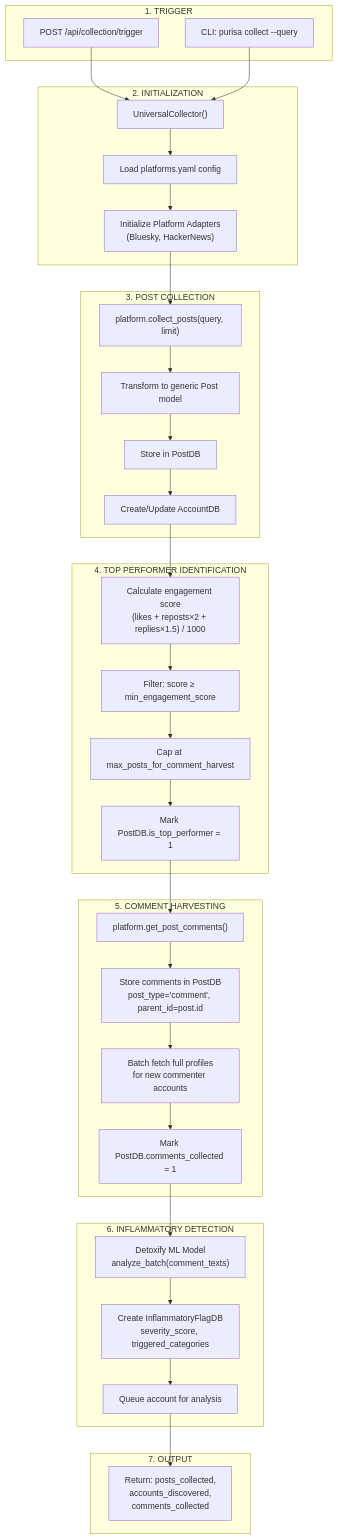
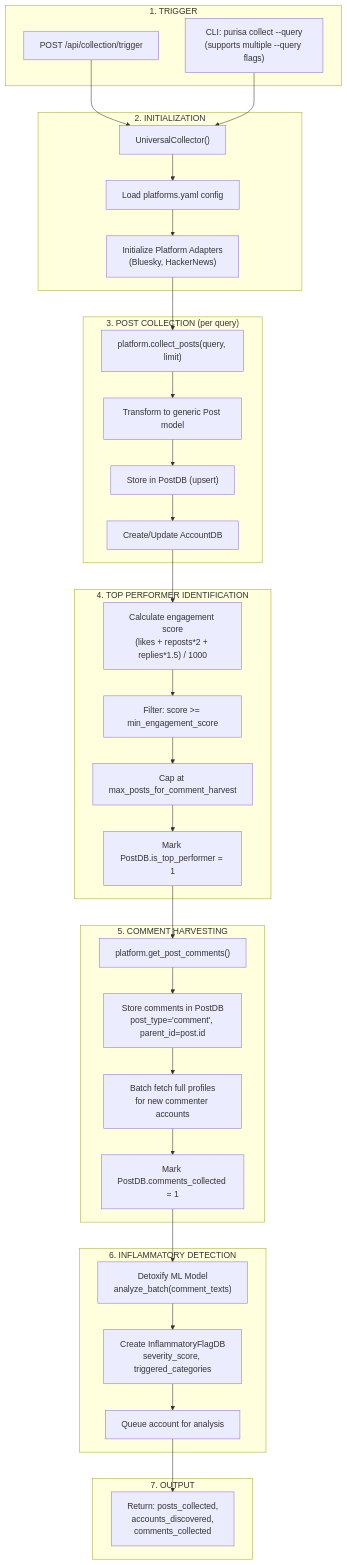
One commit to Max-R/purisa changed the first of 3 diagrams in FLOW_DIAGRAMS.md. Above: the diagram before and after it, drawn with Mermaid. The commit also changed other lines of this file, not shown here.

First line of the commit message:
Rewrite FLOW_DIAGRAMS.md for Purisa 2.0 coordination detection

````diff
--- a/FLOW_DIAGRAMS.md
+++ b/FLOW_DIAGRAMS.md
@@ -11,54 +11,54 @@
 ```mermaid
 flowchart TD
     subgraph Trigger["1. TRIGGER"]
         API["POST /api/collection/trigger"]
-        CLI["CLI: purisa collect --query"]
+        CLI["CLI: purisa collect --query<br/>(supports multiple --query flags)"]
     end
 
     subgraph Init["2. INITIALIZATION"]
         UC["UniversalCollector()"]
         CFG["Load platforms.yaml config"]
         PLAT["Initialize Platform Adapters<br/>(Bluesky, HackerNews)"]
     end
 
-    subgraph Collect["3. POST COLLECTION"]
+    subgraph Collect["3. POST COLLECTION (per query)"]
         FETCH["platform.collect_posts(query, limit)"]
         TRANSFORM["Transform to generic Post model"]
-        STORE_POST["Store in PostDB"]
+        STORE_POST["Store in PostDB (upsert)"]
         STORE_ACCT["Create/Update AccountDB"]
     end
 
     subgraph TopPerf["4. TOP PERFORMER IDENTIFICATION"]
-        CALC_ENG["Calculate engagement score<br/>(likes + reposts×2 + replies×1.5) / 1000"]
-        FILTER["Filter: score ≥ min_engagement_score"]
+        CALC_ENG["Calculate engagement score<br/>(likes + reposts*2 + replies*1.5) / 1000"]
+        FILTER["Filter: score >= min_engagement_score"]
         CAP["Cap at max_posts_for_comment_harvest"]
         MARK["Mark PostDB.is_top_performer = 1"]
     end
 
     subgraph Comments["5. COMMENT HARVESTING"]
         FETCH_COMMENTS["platform.get_post_comments()"]
         STORE_COMMENTS["Store comments in PostDB<br/>post_type='comment', parent_id=post.id"]
         FETCH_PROFILES["Batch fetch full profiles<br/>for new commenter accounts"]
         MARK_COLLECTED["Mark PostDB.comments_collected = 1"]
     end
 
     subgraph Inflammatory["6. INFLAMMATORY DETECTION"]
         DETOXIFY["Detoxify ML Model<br/>analyze_batch(comment_texts)"]
         FLAG["Create InflammatoryFlagDB<br/>severity_score, triggered_categories"]
         QUEUE["Queue account for analysis"]
     end
 
     subgraph Output["7. OUTPUT"]
         RESULT["Return: posts_collected,<br/>accounts_discovered,<br/>comments_collected"]
     end
 
     API --> UC
     CLI --> UC
     UC --> CFG --> PLAT
     PLAT --> FETCH --> TRANSFORM
     TRANSFORM --> STORE_POST --> STORE_ACCT
     STORE_ACCT --> CALC_ENG --> FILTER --> CAP --> MARK
     MARK --> FETCH_COMMENTS --> STORE_COMMENTS --> FETCH_PROFILES --> MARK_COLLECTED
     MARK_COLLECTED --> DETOXIFY --> FLAG --> QUEUE
     QUEUE --> RESULT
 ```
````
